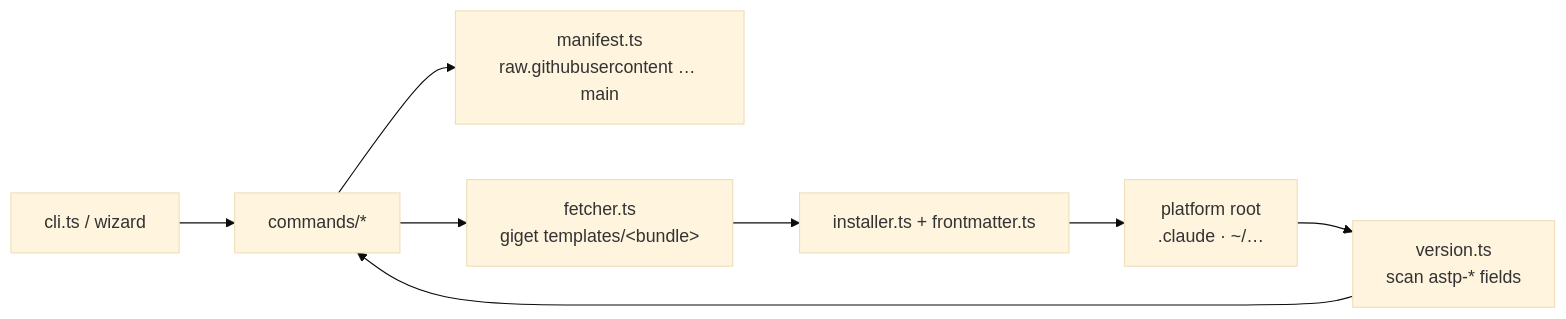
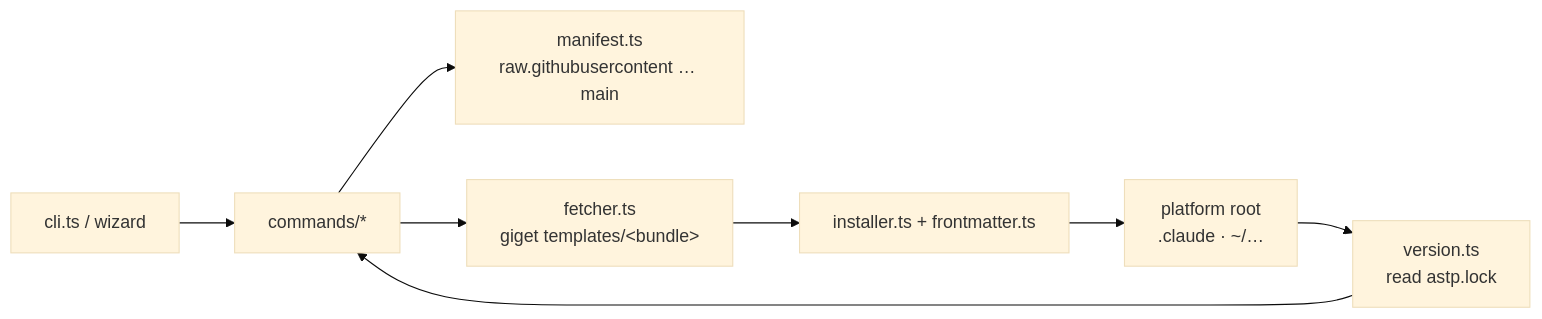
One commit to fozy-labs/astp changed the diagram in CLAUDE.md. Above: the diagram before and after it, drawn with Mermaid (base theme). The commit also changed other lines of this file and 39 other files, not shown here.

First line of the commit message:
feat!: track install state in astp.lock, add selective install and list (#12)

````diff
--- a/CLAUDE.md
+++ b/CLAUDE.md
@@ -46,10 +48,10 @@
 ```mermaid
 flowchart LR
     cli[cli.ts / wizard] --> cmd[commands/*]
     cmd --> mf["manifest.ts<br/>raw.githubusercontent … main"]
     cmd --> dl["fetcher.ts<br/>giget templates/&lt;bundle&gt;"]
     dl --> inst["installer.ts + frontmatter.ts"]
     inst --> root["platform root<br/>.claude · ~/…"]
-    root --> ver["version.ts<br/>scan astp-* fields"]
+    root --> ver["version.ts<br/>read astp.lock"]
     ver --> cmd
 ```
````
